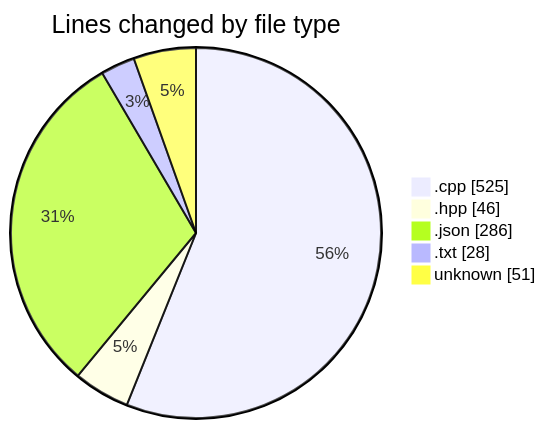
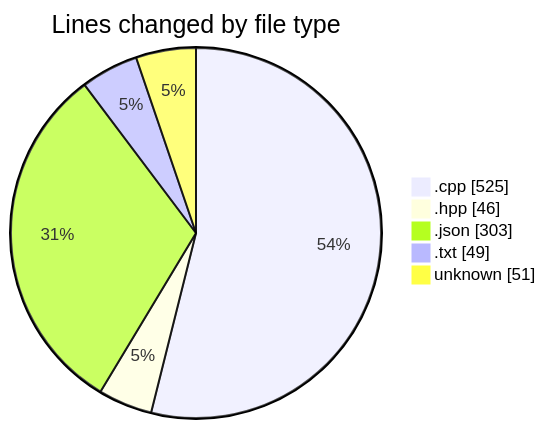
Before and after one commit to Netris89/code-tracking: the first of 2 diagrams in 2025-04-06/echo/README.md, drawn with Mermaid. The commit also changed other lines of this file and 1 other file, not shown here.

````diff
--- a/2025-04-06/echo/README.md
+++ b/2025-04-06/echo/README.md
@@ -26,9 +26,9 @@
 ```mermaid
 pie showData
 title Lines changed by file type
 ".cpp" : 525
 ".hpp" : 46
-".json" : 286
-".txt" : 28
+".json" : 303
+".txt" : 49
 "unknown" : 51
 ```
````
